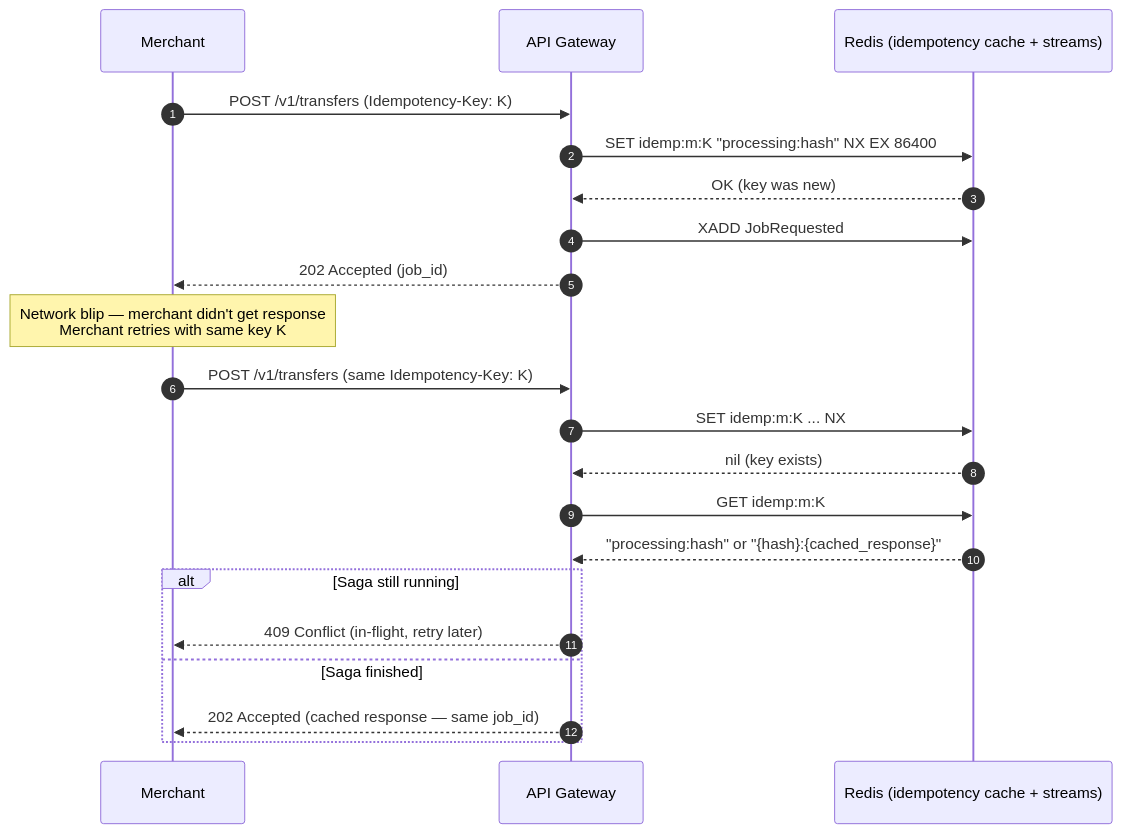
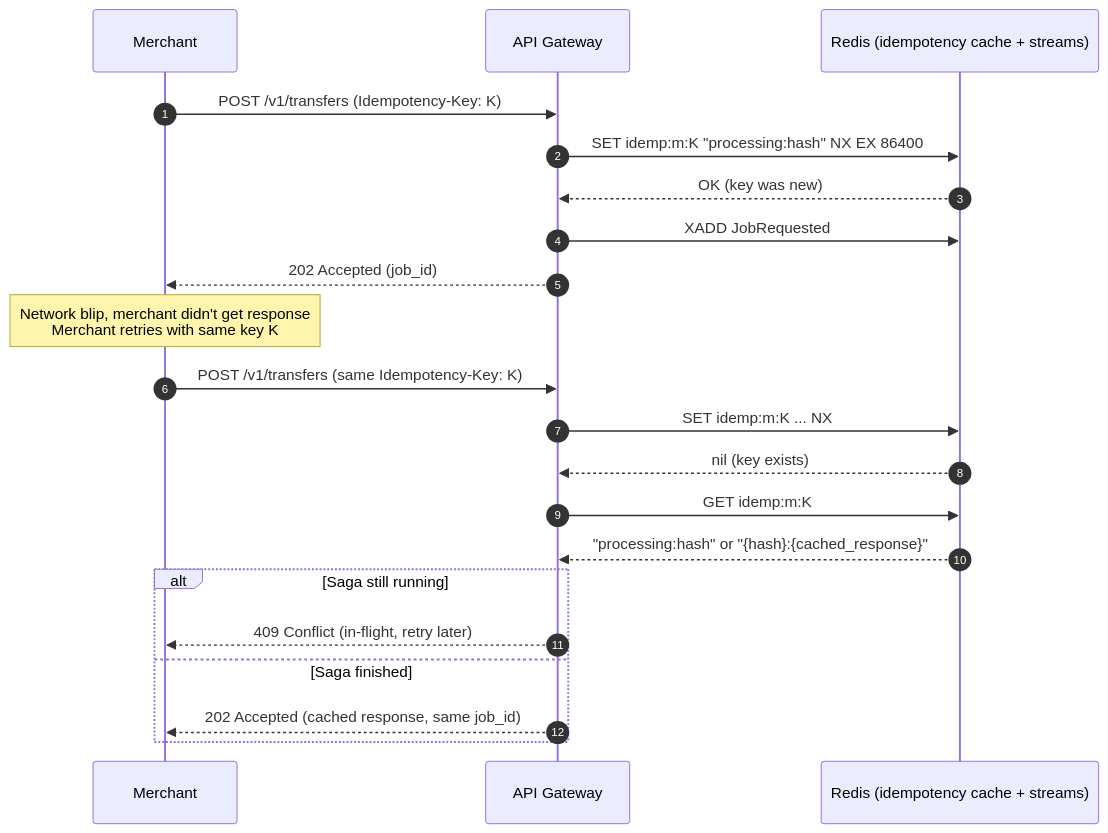
One commit to Joel-Ajayi/river-rust-queue changed the fourth of 4 diagrams in docs/00-OVERVIEW.md. Above: the diagram before and after it, drawn with Mermaid. The commit also changed other lines of this file and 32 other files, not shown here.

````diff
--- a/docs/00-OVERVIEW.md
+++ b/docs/00-OVERVIEW.md
@@ -220,27 +223,27 @@
 ```mermaid
 sequenceDiagram
     autonumber
     participant M as Merchant
     participant API as API Gateway
     participant R as Redis (idempotency cache + streams)
 
     M->>API: POST /v1/transfers (Idempotency-Key: K)
     API->>R: SET idemp:m:K "processing:hash" NX EX 86400
     R-->>API: OK (key was new)
     API->>R: XADD JobRequested
     API-->>M: 202 Accepted (job_id)
 
-    Note over M: Network blip — merchant didn't get response<br/>Merchant retries with same key K
+    Note over M: Network blip, merchant didn't get response<br/>Merchant retries with same key K
 
     M->>API: POST /v1/transfers (same Idempotency-Key: K)
     API->>R: SET idemp:m:K ... NX
     R-->>API: nil (key exists)
     API->>R: GET idemp:m:K
     R-->>API: "processing:hash" or "{hash}:{cached_response}"
 
     alt Saga still running
         API-->>M: 409 Conflict (in-flight, retry later)
     else Saga finished
-        API-->>M: 202 Accepted (cached response — same job_id)
+        API-->>M: 202 Accepted (cached response, same job_id)
     end
 ```
````
